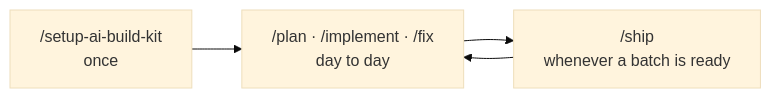
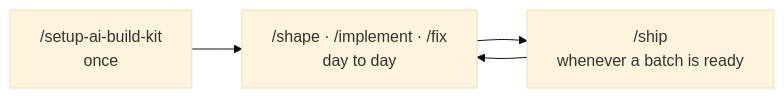
One commit to gwpicard/ai-build-kit changed the diagram in README.md. Above: the diagram before and after it, drawn with Mermaid (base theme). The commit also changed other lines of this file and 52 other files, not shown here.

````diff
--- a/README.md
+++ b/README.md
@@ -100,6 +100,6 @@
 ```mermaid
 flowchart LR
-  S["/setup-ai-build-kit<br/>once"] --> L["/plan · /implement · /fix<br/>day to day"]
+  S["/setup-ai-build-kit<br/>once"] --> L["/shape · /implement · /fix<br/>day to day"]
   L --> P["/ship<br/>whenever a batch is ready"]
   P --> L
 ```
````
